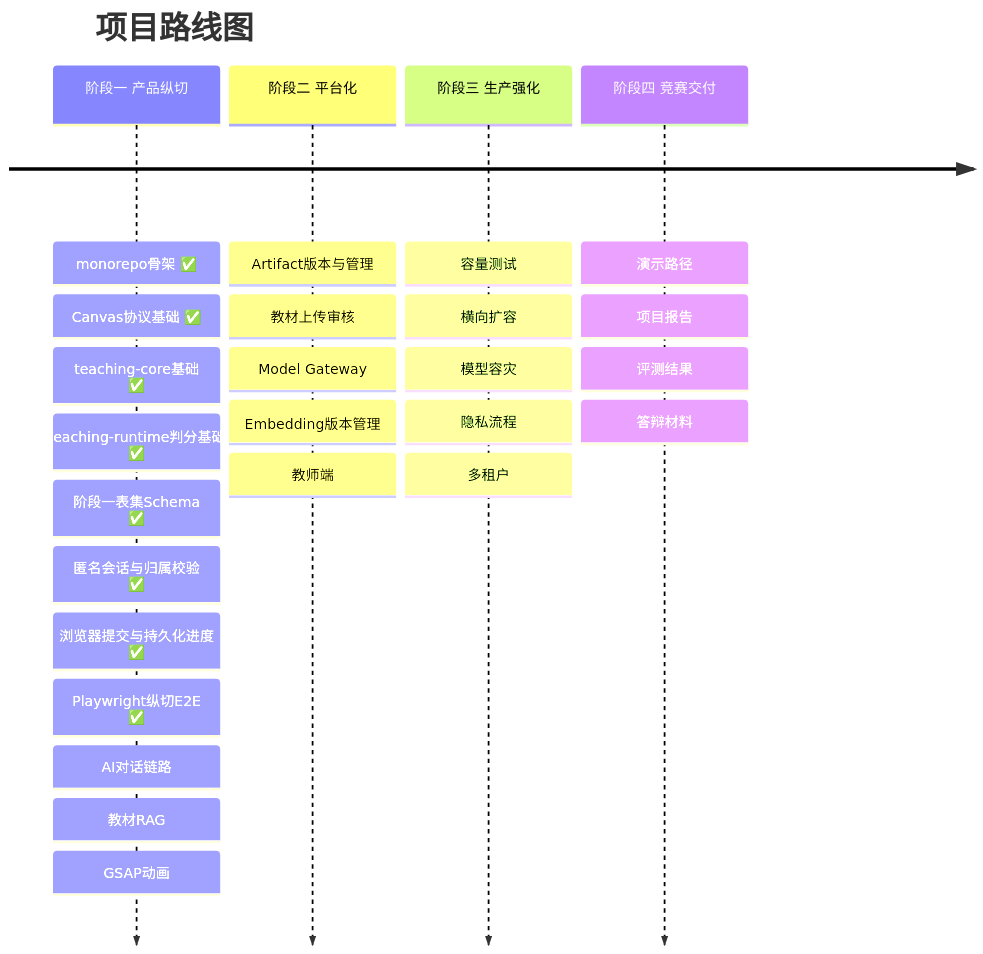
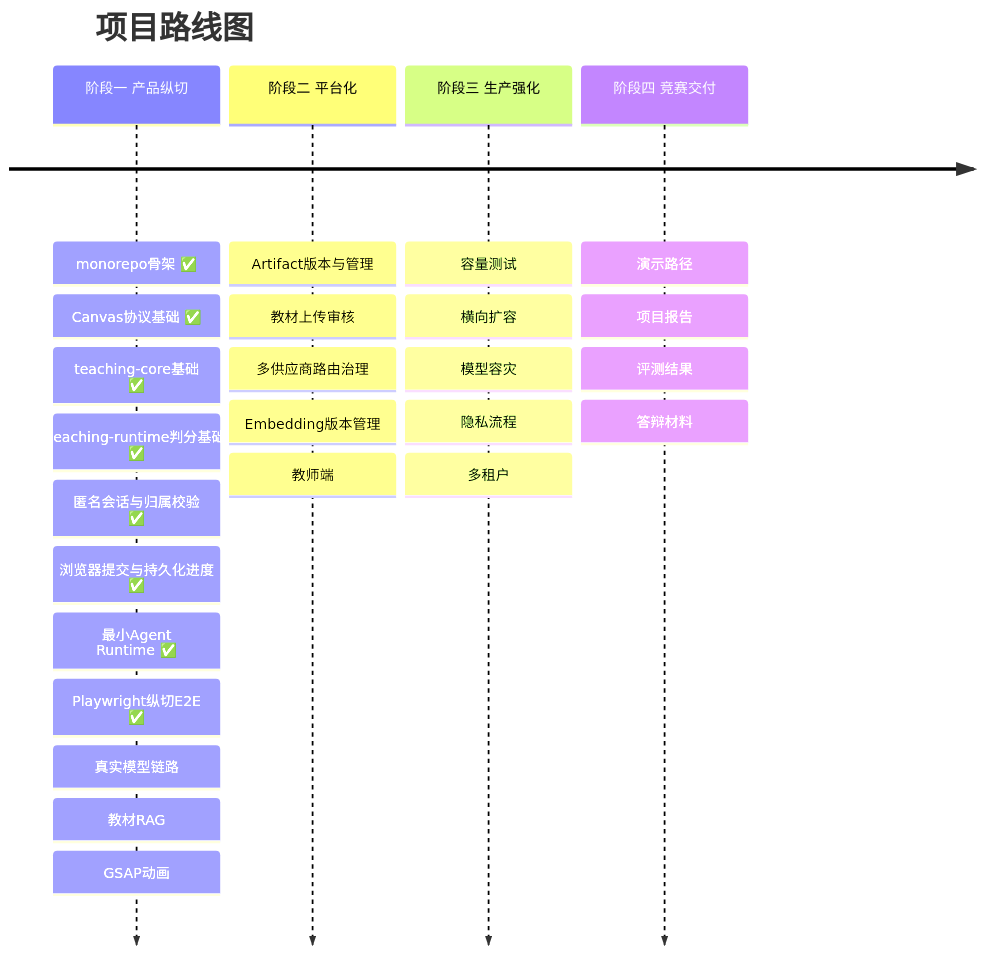
Before and after one commit to Timcai06/EduCanvas: the seventh of 7 diagrams in README.md, drawn with Mermaid. The commit also changed other lines of this file and 18 other files, not shown here.

````diff
--- a/README.md
+++ b/README.md
@@ -300,8 +300,8 @@
 ```mermaid
 timeline
     title 项目路线图
-    阶段一 产品纵切 : monorepo骨架 ✅ : Canvas协议基础 ✅ : teaching-core基础 ✅ : teaching-runtime判分基础 ✅ : 阶段一表集Schema ✅ : 匿名会话与归属校验 ✅ : 浏览器提交与持久化进度 ✅ : Playwright纵切E2E ✅ : AI对话链路 : 教材RAG : GSAP动画
-    阶段二 平台化 : Artifact版本与管理 : 教材上传审核 : Model Gateway : Embedding版本管理 : 教师端
+    阶段一 产品纵切 : monorepo骨架 ✅ : Canvas协议基础 ✅ : teaching-core基础 ✅ : teaching-runtime判分基础 ✅ : 匿名会话与归属校验 ✅ : 浏览器提交与持久化进度 ✅ : 最小Agent Runtime ✅ : Playwright纵切E2E ✅ : 真实模型链路 : 教材RAG : GSAP动画
+    阶段二 平台化 : Artifact版本与管理 : 教材上传审核 : 多供应商路由治理 : Embedding版本管理 : 教师端
     阶段三 生产强化 : 容量测试 : 横向扩容 : 模型容灾 : 隐私流程 : 多租户
     阶段四 竞赛交付 : 演示路径 : 项目报告 : 评测结果 : 答辩材料
 ```
````
